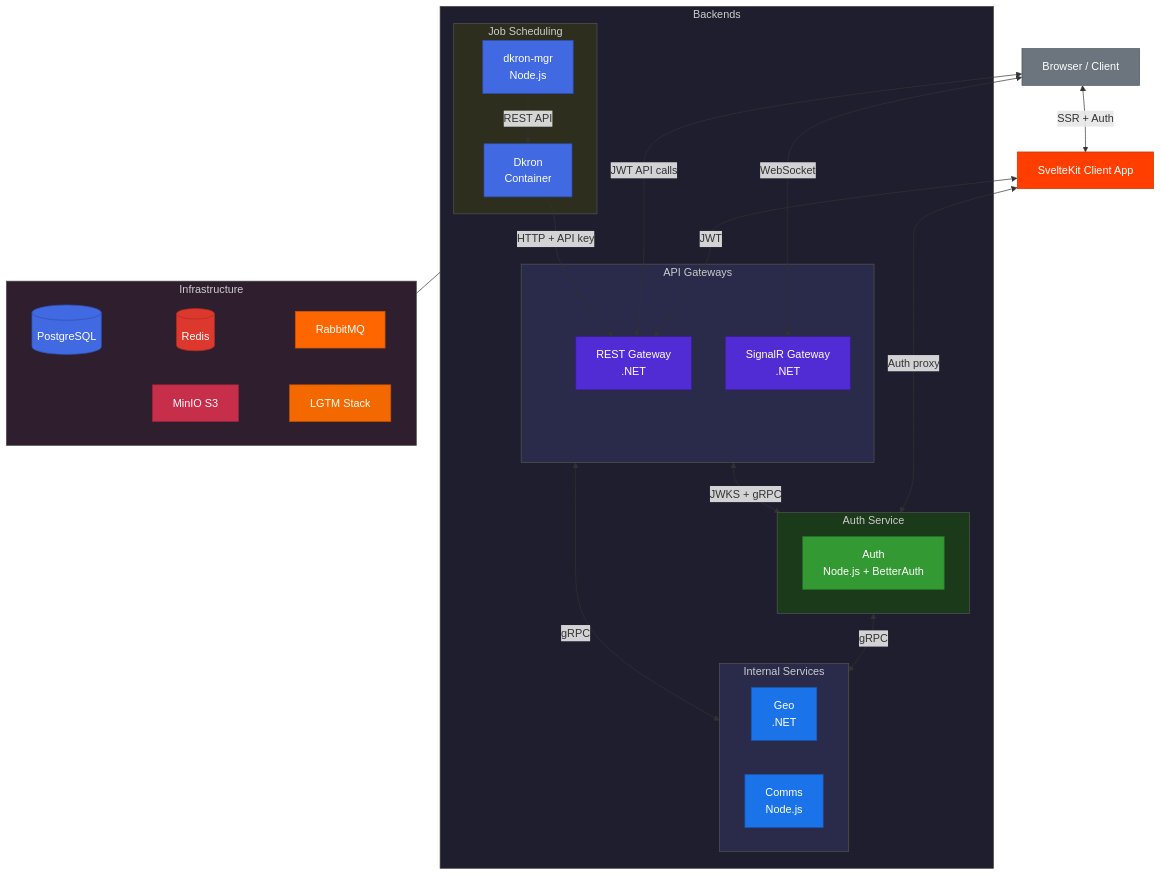
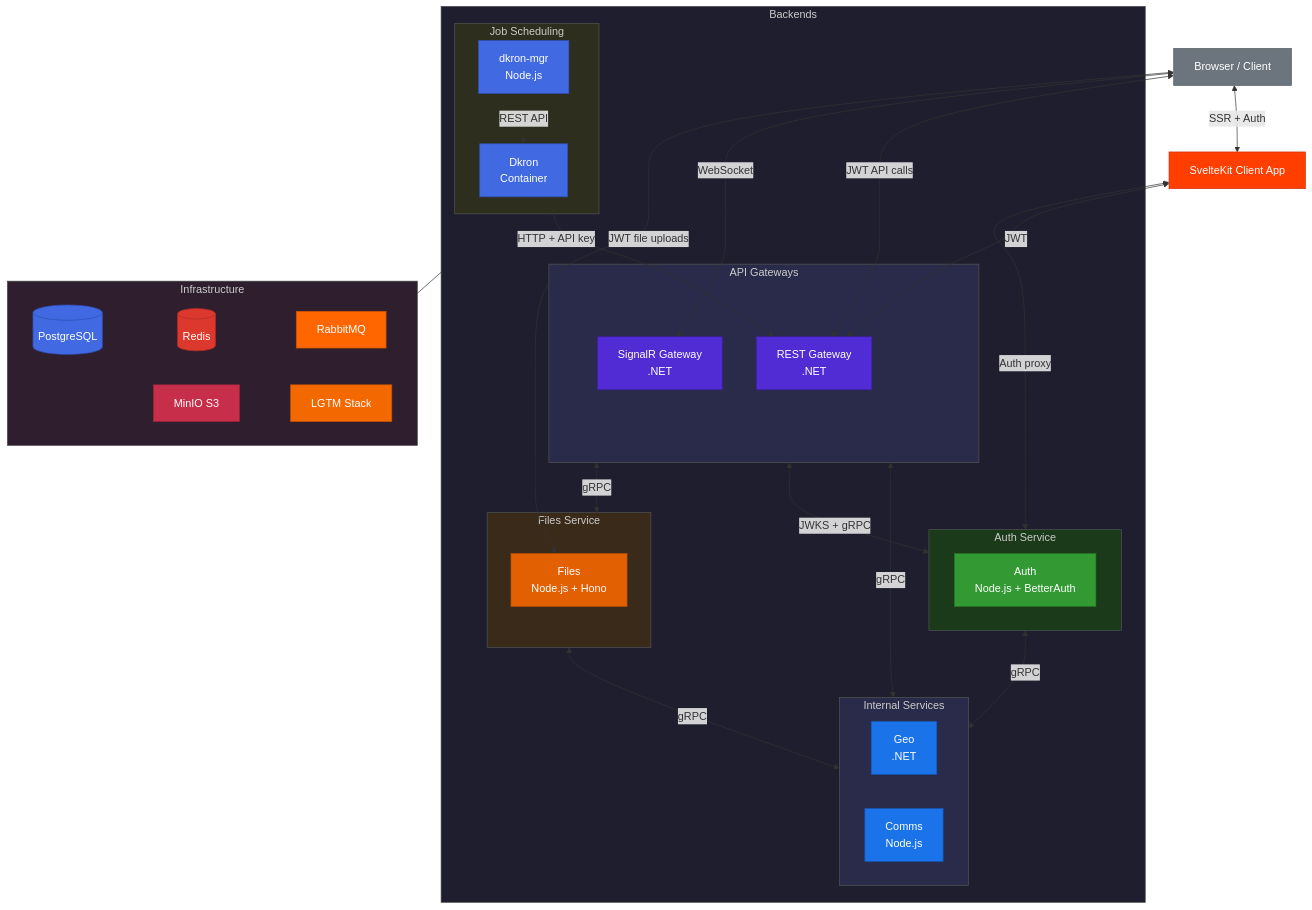
The diagram in README.md (DCSV-io/D2-WORX), drawn with Mermaid before and after one commit. The commit also changed other lines of this file and 1 other file, not shown here.

First line of the commit message:
docs: ADR-026/027/028 (File Service, JWT auth, SignalR Gateway) + README updates

```diff
--- a/README.md
+++ b/README.md
@@ -71,6 +71,10 @@
             AUTH[Auth<br/>Node.js + BetterAuth]
         end
 
+        subgraph FilesSvc["Files Service"]
+            FILES[Files<br/>Node.js + Hono]
+        end
+
         subgraph Services["Internal Services"]
             GEO[Geo<br/>.NET]
             COMMS[Comms<br/>Node.js]
@@ -83,7 +87,9 @@
 
         Gateways <-->|gRPC| Services
         Gateways <-->|JWKS + gRPC| AuthSvc
+        Gateways <-->|gRPC| FilesSvc
         AuthSvc <-->|gRPC| Services
+        FilesSvc <-->|gRPC| Services
         DKRONMGR -->|REST API| DKRON
         DKRON -->|HTTP + API key| REST
     end
@@ -99,6 +105,7 @@
     BROWSER <-->|WebSocket| SR
     SK <-->|JWT| REST
     SK <-->|Auth proxy| AuthSvc
+    BROWSER <-->|JWT file uploads| FILES
 
     %% Infra connection
     Backends --- Infra
@@ -108,6 +115,7 @@
     classDef svelte fill:#FF3E00,stroke:#c73100,color:#fff
     classDef gateway fill:#512BD4,stroke:#3d1f9e,color:#fff
     classDef auth fill:#339933,stroke:#267326,color:#fff
+    classDef files fill:#E36002,stroke:#b34d01,color:#fff
     classDef service fill:#1a73e8,stroke:#1557b0,color:#fff
     classDef infra fill:#4169E1,stroke:#2f4fb3,color:#fff
     classDef redis fill:#DC382D,stroke:#b02d24,color:#fff
@@ -120,6 +128,7 @@
     class REST,SR gateway
     class AUTH auth
     class GEO,COMMS service
+    class FILES files
     class DKRON,DKRONMGR infra
     class PG infra
     class REDIS redis
@@ -131,6 +140,7 @@
     style Backends fill:#1e1e2e,stroke:#444,color:#ccc
     style Gateways fill:#2a2a4a,stroke:#555,color:#ccc
     style AuthSvc fill:#1a3a1a,stroke:#555,color:#ccc
+    style FilesSvc fill:#3a2a1a,stroke:#555,color:#ccc
     style Services fill:#2a2a4a,stroke:#555,color:#ccc
     style Jobs fill:#2e2e1e,stroke:#555,color:#ccc
     style Infra fill:#2e1e2e,stroke:#444,color:#ccc
```
